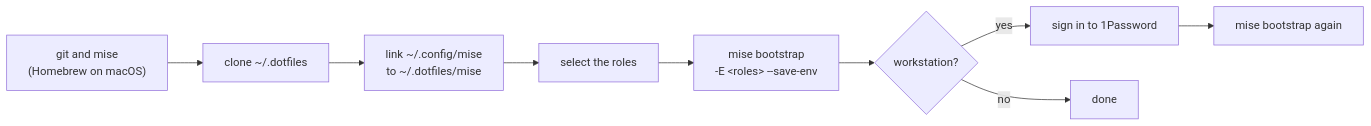
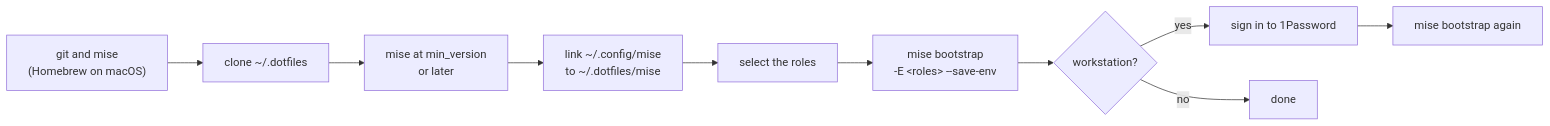
Before and after one commit to owpac/dotfiles: the first of 3 diagrams in README.md, drawn with Mermaid. The commit also changed other lines of this file and 1 other file, not shown here.

First line of the commit message:
docs: move the guide of mise/config.toml into the README

````diff
--- a/README.md
+++ b/README.md
@@ -37,10 +37,11 @@
 ```mermaid
 flowchart LR
   A["git and mise<br/>(Homebrew on macOS)"] --> B[clone ~/.dotfiles]
-  B --> C["link ~/.config/mise<br/>to ~/.dotfiles/mise"]
+  B --> V["mise at min_version<br/>or later"]
+  V --> C["link ~/.config/mise<br/>to ~/.dotfiles/mise"]
   C --> D[select the roles]
   D --> F["mise bootstrap<br/>-E &lt;roles&gt; --save-env"]
   F --> G{workstation?}
   G -- yes --> H[sign in to 1Password] --> I[mise bootstrap again]
   G -- no --> K[done]
 ```
````
